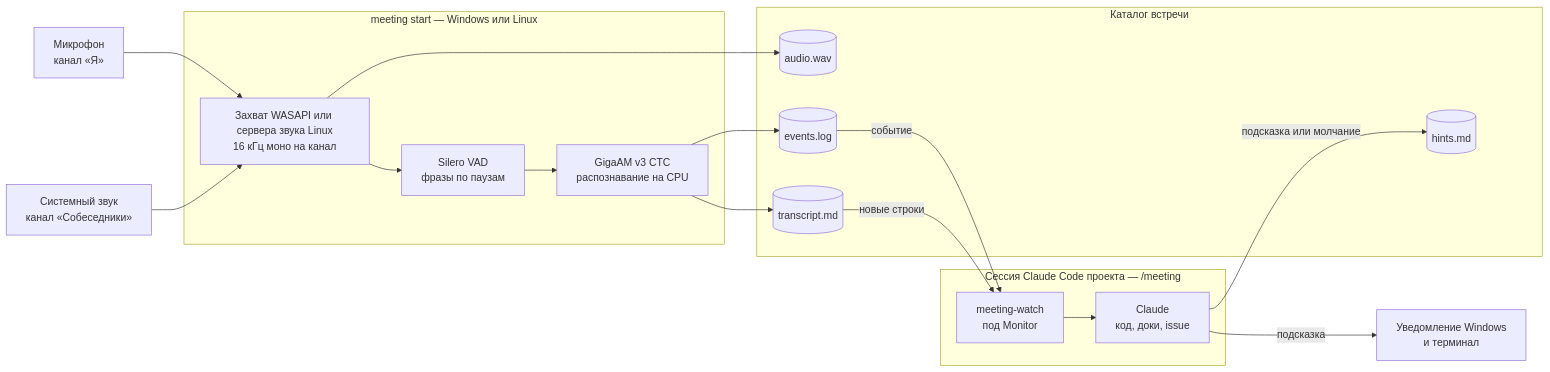
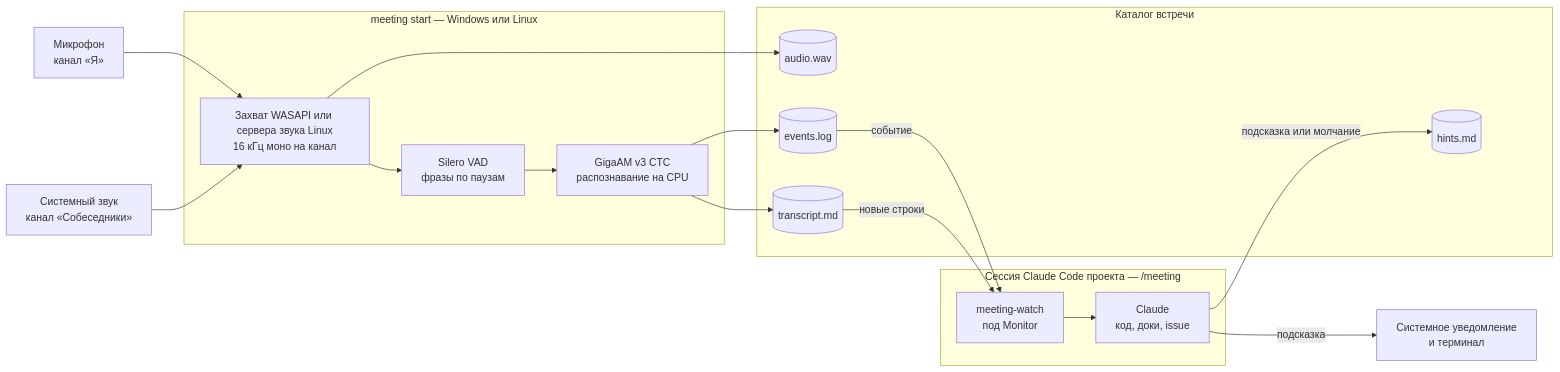
Before and after one commit to juk-777/MeetingAssistant: the first of 2 diagrams in docs/architecture.md, drawn with Mermaid. The commit also changed other lines of this file and 21 other files, not shown here.

````diff
--- a/docs/architecture.md
+++ b/docs/architecture.md
@@ -8,37 +8,37 @@
 ```mermaid
 flowchart LR
     mic["Микрофон<br/>канал «Я»"]
     loopback["Системный звук<br/>канал «Собеседники»"]
 
     subgraph app["meeting start — Windows или Linux"]
         capture["Захват WASAPI или сервера звука Linux<br/>16 кГц моно на канал"]
         vad["Silero VAD<br/>фразы по паузам"]
         asr["GigaAM v3 CTC<br/>распознавание на CPU"]
     end
 
     subgraph folder["Каталог встречи"]
         wav[("audio.wav")]
         transcript[("transcript.md")]
         events[("events.log")]
         hints[("hints.md")]
     end
 
     subgraph session["Сессия Claude Code проекта — /meeting"]
         watch["meeting-watch<br/>под Monitor"]
         claude["Claude<br/>код, доки, issue"]
     end
 
-    toast["Уведомление Windows<br/>и терминал"]
+    toast["Системное уведомление<br/>и терминал"]
 
     mic --> capture
     loopback --> capture
     capture --> wav
     capture --> vad --> asr
     asr --> transcript
     asr --> events
     events -->|"событие"| watch
     transcript -->|"новые строки"| watch
     watch --> claude
     claude -->|"подсказка или молчание"| hints
     claude -->|"подсказка"| toast
 ```
````
